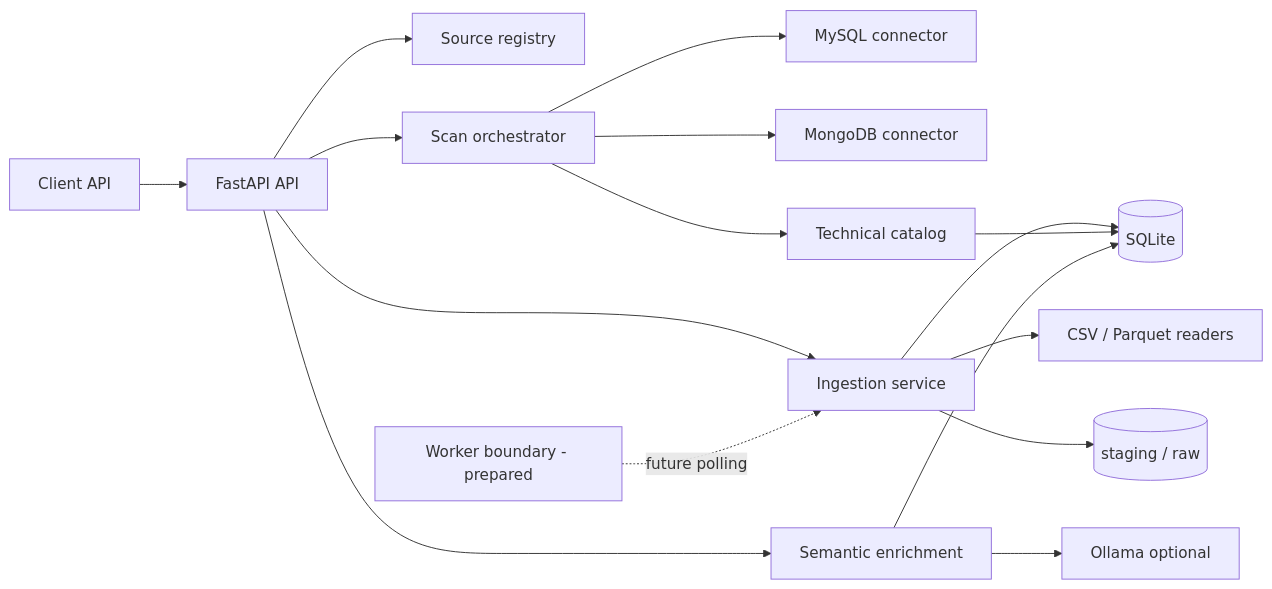
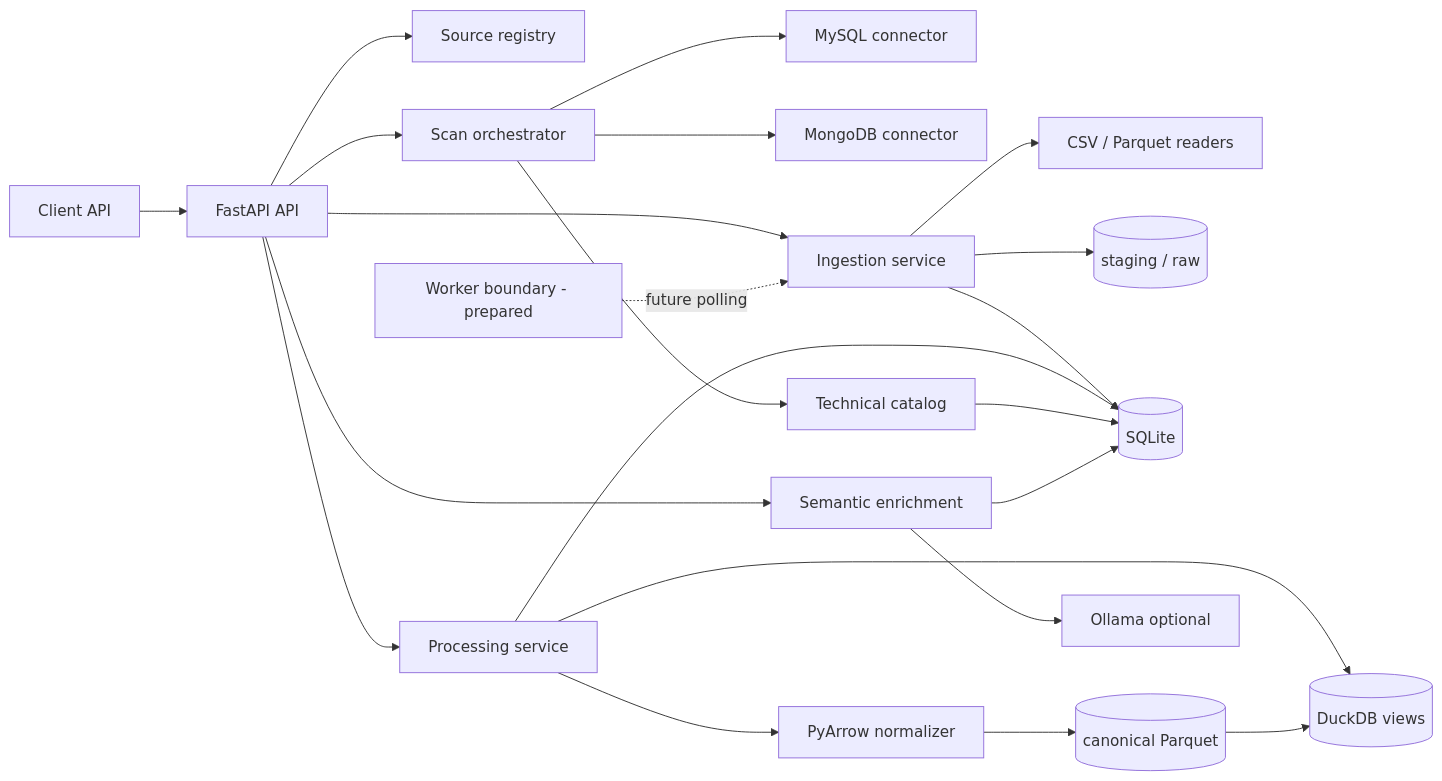
Before and after one commit to pyxidious/queryX: the first of 3 diagrams in README.md, drawn with Mermaid. The commit also changed other lines of this file and 20 other files, not shown here.

First line of the commit message:
Implement serving and processing infrastructure with DuckDB integration

````diff
--- a/README.md
+++ b/README.md
@@ -47,18 +51,24 @@
 ```mermaid
 flowchart LR
     Client[Client API] --> API[FastAPI API]
     API --> Registry[Source registry]
     API --> Scan[Scan orchestrator]
     Scan --> MySQL[MySQL connector]
     Scan --> Mongo[MongoDB connector]
     Scan --> Catalog[Technical catalog]
     API --> Ingestion[Ingestion service]
     Ingestion --> Readers[CSV / Parquet readers]
     Ingestion --> Files[(staging / raw)]
     Ingestion --> CatalogDB[(SQLite)]
+    API --> Processing[Processing service]
+    Processing --> Normalizer[PyArrow normalizer]
+    Normalizer --> Normalized[(canonical Parquet)]
+    Processing --> DuckDB[(DuckDB views)]
+    Normalized --> DuckDB
+    Processing --> CatalogDB
     Catalog --> CatalogDB
     API --> Semantic[Semantic enrichment]
     Semantic --> Ollama[Ollama optional]
     Semantic --> CatalogDB
     WorkerBoundary[Worker boundary - prepared] -. future polling .-> Ingestion
 ```
````
